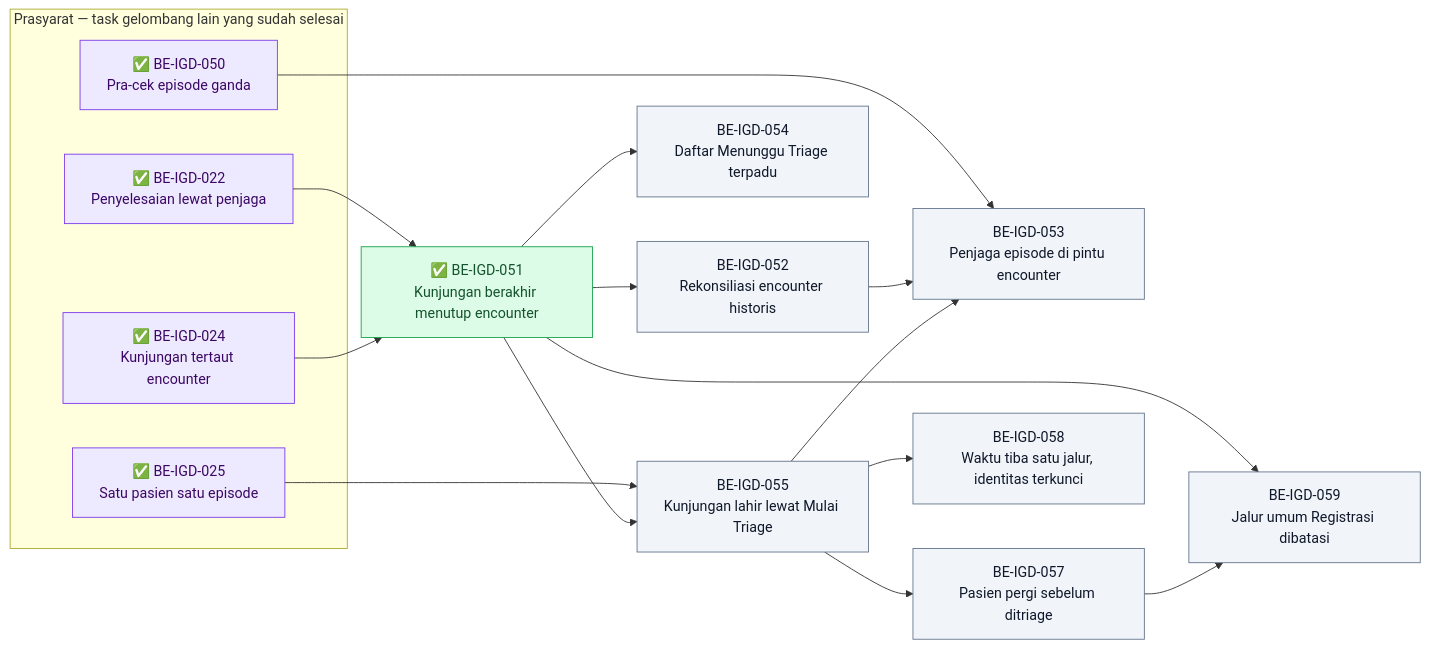
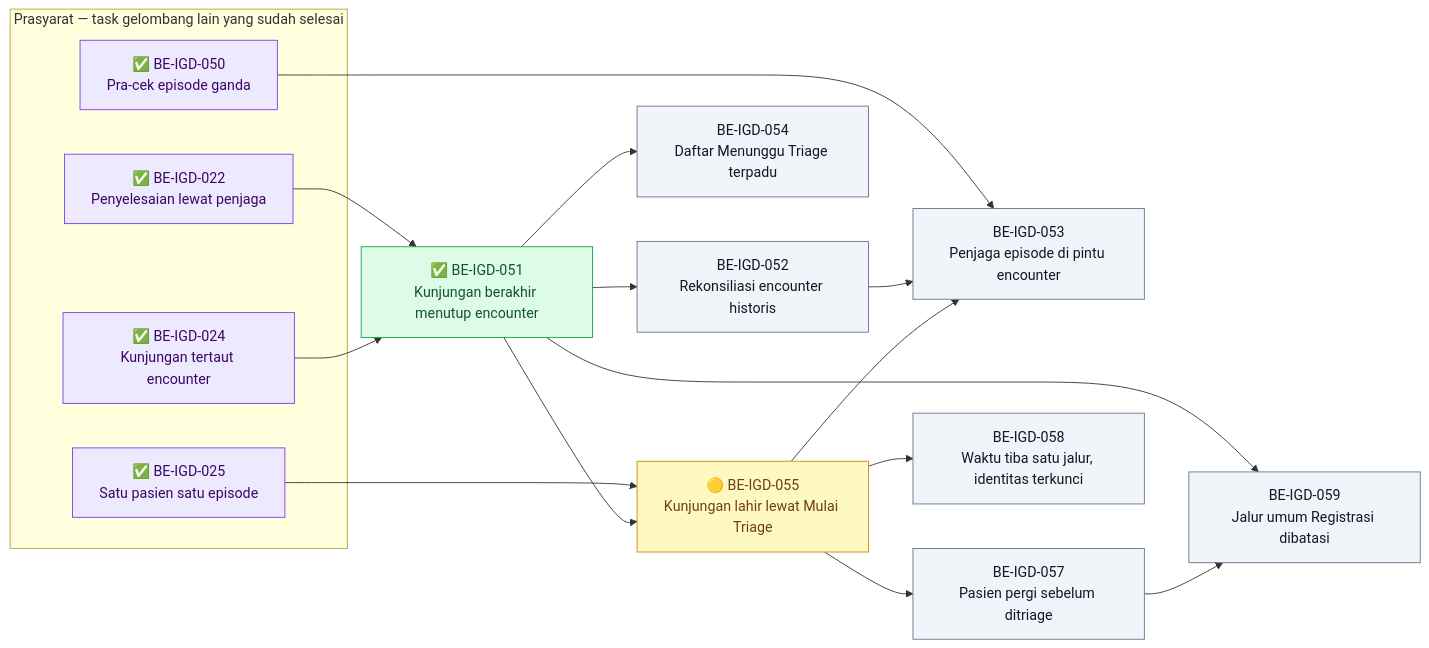
Before and after one commit to DevBenari/NewQuilvianSystemBackend: the tenth of 11 diagrams in docs/module-blueprints/igd/roadmap/backend-roadmap.md, drawn with Mermaid. The commit also changed other lines of this file and 11 other files, not shown here.

````diff
--- a/docs/module-blueprints/igd/roadmap/backend-roadmap.md
+++ b/docs/module-blueprints/igd/roadmap/backend-roadmap.md
@@ -1979,38 +1979,38 @@
 ```mermaid
 flowchart LR
     classDef selesai fill:#DCFCE7,stroke:#16A34A,color:#14532D
     classDef sebagian fill:#FEF9C3,stroke:#CA8A04,color:#713F12
     classDef terblokir fill:#FEE2E2,stroke:#DC2626,color:#7F1D1D
     classDef belum fill:#F1F5F9,stroke:#64748B,color:#0F172A
     classDef luar fill:#EDE9FE,stroke:#7C3AED,color:#3B0764
 
     subgraph prasyarat["Prasyarat — task gelombang lain yang sudah selesai"]
         BEIGD022["✅ BE-IGD-022<br/>Penyelesaian lewat penjaga"]:::luar
         BEIGD024["✅ BE-IGD-024<br/>Kunjungan tertaut encounter"]:::luar
         BEIGD025["✅ BE-IGD-025<br/>Satu pasien satu episode"]:::luar
         BEIGD050["✅ BE-IGD-050<br/>Pra-cek episode ganda"]:::luar
     end
 
     BEIGD051["✅ BE-IGD-051<br/>Kunjungan berakhir menutup encounter"]:::selesai
     BEIGD052["BE-IGD-052<br/>Rekonsiliasi encounter historis"]:::belum
     BEIGD054["BE-IGD-054<br/>Daftar Menunggu Triage terpadu"]:::belum
-    BEIGD055["BE-IGD-055<br/>Kunjungan lahir lewat Mulai Triage"]:::belum
+    BEIGD055["🟡 BE-IGD-055<br/>Kunjungan lahir lewat Mulai Triage"]:::sebagian
     BEIGD053["BE-IGD-053<br/>Penjaga episode di pintu encounter"]:::belum
     BEIGD057["BE-IGD-057<br/>Pasien pergi sebelum ditriage"]:::belum
     BEIGD058["BE-IGD-058<br/>Waktu tiba satu jalur, identitas terkunci"]:::belum
     BEIGD059["BE-IGD-059<br/>Jalur umum Registrasi dibatasi"]:::belum
 
     BEIGD022 --> BEIGD051
     BEIGD024 --> BEIGD051
     BEIGD051 --> BEIGD052
     BEIGD051 --> BEIGD054
     BEIGD025 --> BEIGD055
     BEIGD051 --> BEIGD055
     BEIGD050 --> BEIGD053
     BEIGD052 --> BEIGD053
     BEIGD055 --> BEIGD053
     BEIGD055 --> BEIGD057
     BEIGD055 --> BEIGD058
     BEIGD051 --> BEIGD059
     BEIGD057 --> BEIGD059
 ```
````
